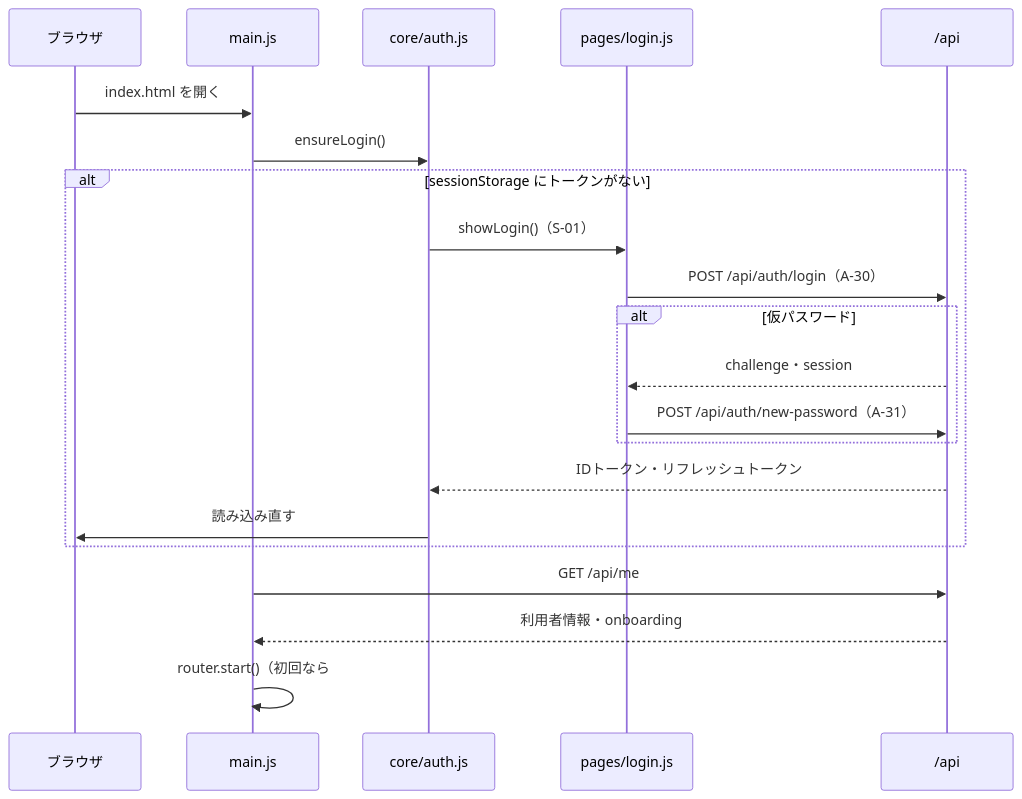
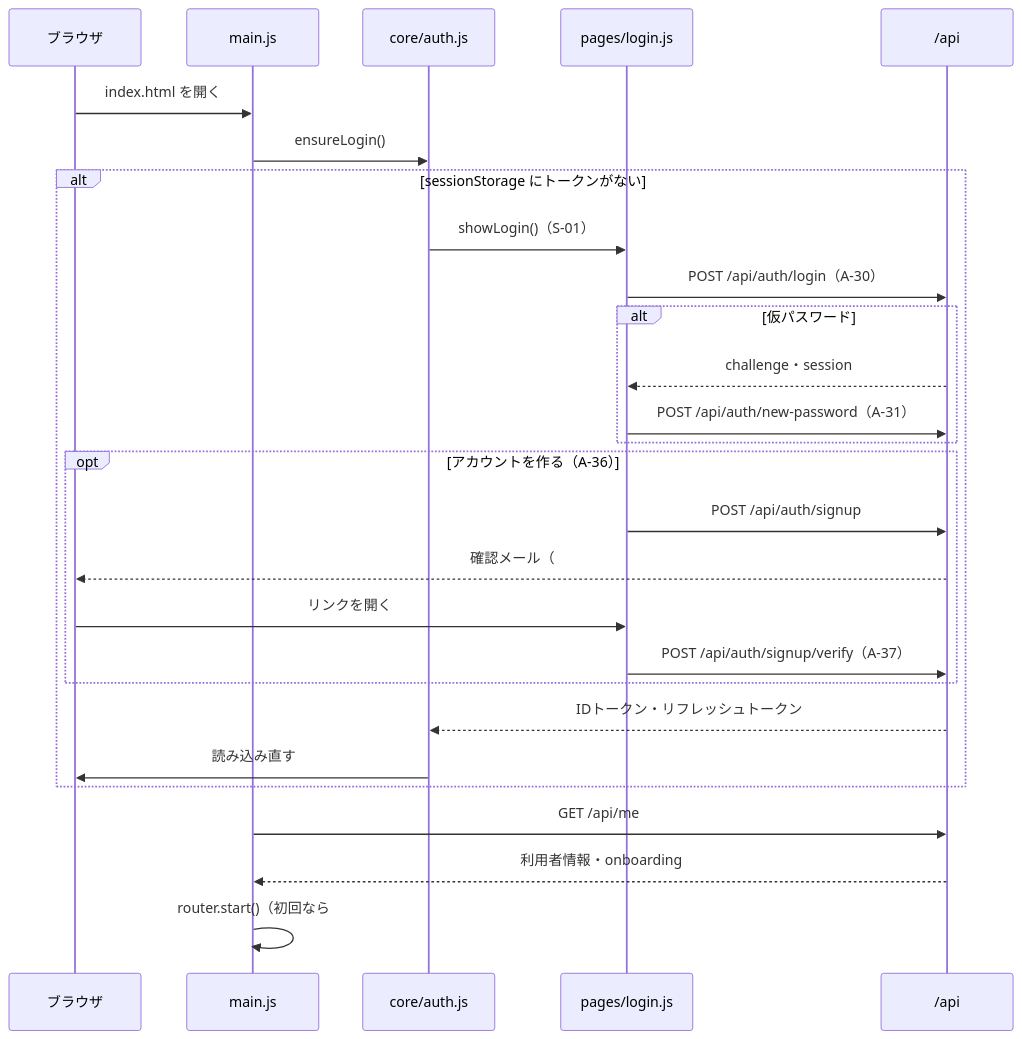
The seventh of 9 diagrams in documents/詳細設計書_RPG学習アプリ.md (pocarialice/rpglearning), drawn with Mermaid before and after one commit. The commit also changed other lines of this file and 22 other files, not shown here.

````diff
--- a/documents/詳細設計書_RPG学習アプリ.md
+++ b/documents/詳細設計書_RPG学習アプリ.md
@@ -1098,23 +1102,29 @@
 ```mermaid
 sequenceDiagram
   participant B as ブラウザ
   participant M as main.js
   participant AU as core/auth.js
   participant L as pages/login.js
   participant API as /api
   B->>M: index.html を開く
   M->>AU: ensureLogin()
   alt sessionStorage にトークンがない
     AU->>L: showLogin()（S-01）
     L->>API: POST /api/auth/login（A-30）
     alt 仮パスワード
       API-->>L: challenge・session
       L->>API: POST /api/auth/new-password（A-31）
     end
+    opt アカウントを作る（A-36）
+      L->>API: POST /api/auth/signup
+      API-->>B: 確認メール（#/signup?token=…）
+      B->>L: リンクを開く
+      L->>API: POST /api/auth/signup/verify（A-37）
+    end
     API-->>AU: IDトークン・リフレッシュトークン
     AU->>B: 読み込み直す
   end
   M->>API: GET /api/me
   API-->>M: 利用者情報・onboarding
   M->>M: router.start()（初回なら #/onboarding）
 ```
````
